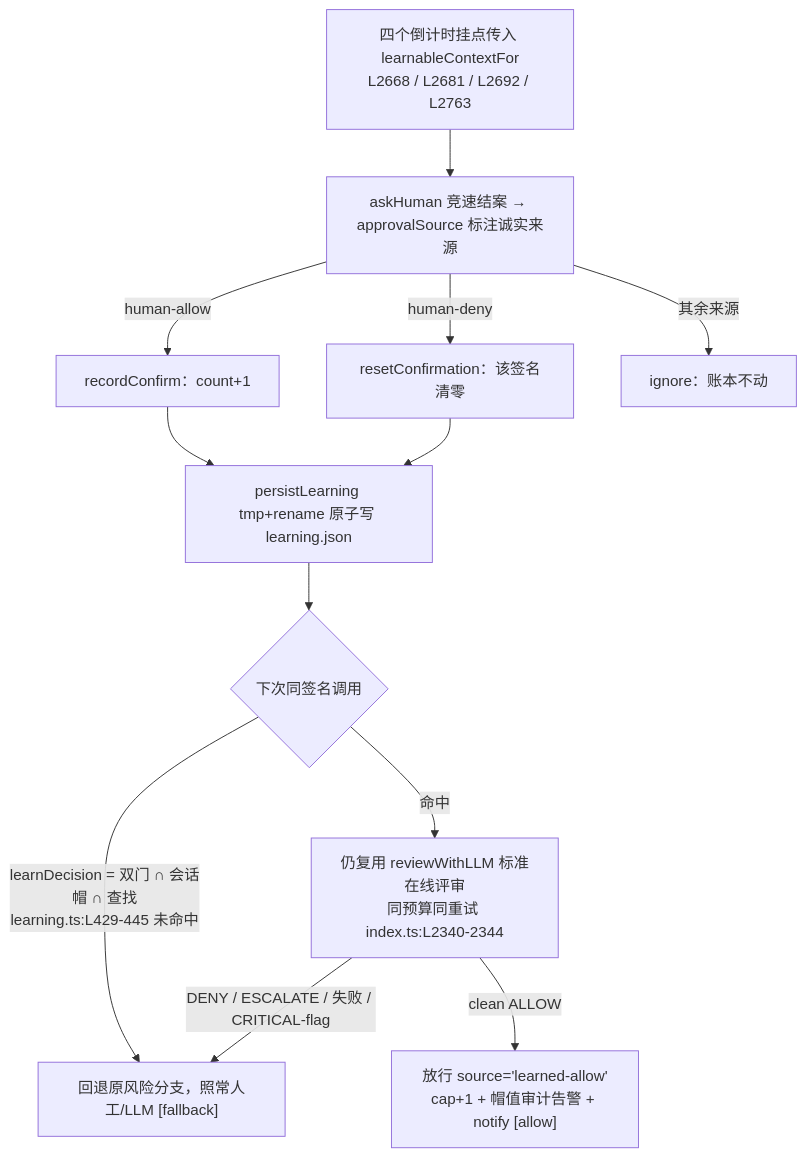
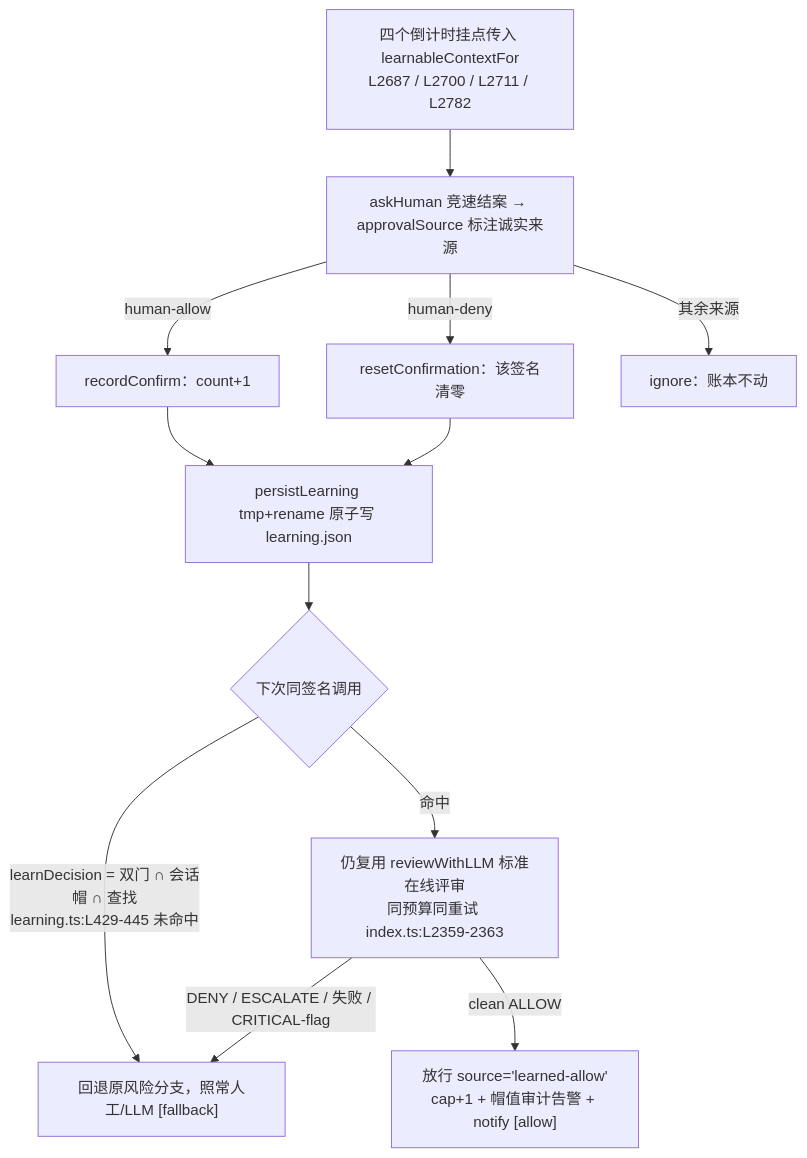
Before and after one commit to cuddly-guacamole/dsh-auto-approval-llm: the diagram in docs/18-confirm-learning.md, drawn with Mermaid. The commit also changed other lines of this file and 12 other files, not shown here.

````diff
--- a/docs/18-confirm-learning.md
+++ b/docs/18-confirm-learning.md
@@ -31,14 +31,14 @@
 ```mermaid
 flowchart TD
-    A["四个倒计时挂点传入 learnableContextFor<br/>L2668 / L2681 / L2692 / L2763"] --> B["askHuman 竞速结案 → approvalSource 标注诚实来源"]
+    A["四个倒计时挂点传入 learnableContextFor<br/>L2687 / L2700 / L2711 / L2782"] --> B["askHuman 竞速结案 → approvalSource 标注诚实来源"]
     B -->|"human-allow"| C["recordConfirm：count+1"]
     B -->|"human-deny"| D["resetConfirmation：该签名清零"]
     B -->|"其余来源"| E["ignore：账本不动"]
     C --> F["persistLearning tmp+rename 原子写 learning.json"]
     D --> F
     F --> G{"下次同签名调用"}
     G -->|"learnDecision = 双门 ∩ 会话帽 ∩ 查找<br/>learning.ts:L429-445 未命中"| M["回退原风险分支，照常人工/LLM [fallback]"]
-    G -->|"命中"| I["仍复用 reviewWithLLM 标准在线评审<br/>同预算同重试 index.ts:L2340-2344"]
+    G -->|"命中"| I["仍复用 reviewWithLLM 标准在线评审<br/>同预算同重试 index.ts:L2359-2363"]
     I -->|"clean ALLOW"| J["放行 source='learned-allow'<br/>cap+1 + 帽值审计告警 + notify [allow]"]
     I -->|"DENY / ESCALATE / 失败 / CRITICAL-flag"| M
 ```
````
